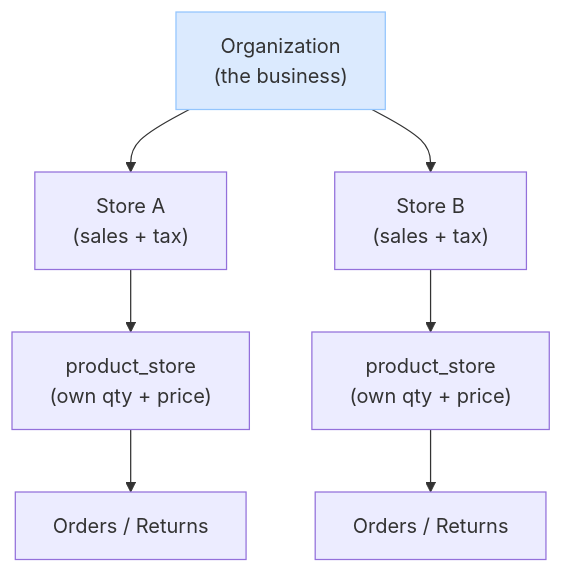
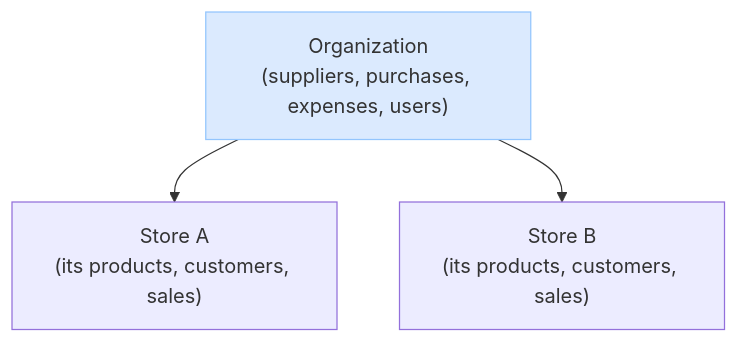
Before and after one commit to Shahrukh489/gekkosuite-api: the diagram in docs/tenancy.md, drawn with Mermaid. The commit also changed other lines of this file and 7 other files, not shown here.

Commit message:
simplifying by customer store and product store tables no org level shared resources, suppliers and purchase orders and expenses are at org level also, store users can only act on there store, must make org requests if needed stuff, simple and safe and easy

````diff
--- a/docs/tenancy.md
+++ b/docs/tenancy.md
@@ -25,19 +22,11 @@
 ```mermaid
 flowchart TB
-    ORG["Organization<br/>(the business)"]
-    ST1["Store A<br/>(sales + tax)"]
-    ST2["Store B<br/>(sales + tax)"]
-    PS1["product_store<br/>(own qty + price)"]
-    PS2["product_store<br/>(own qty + price)"]
-    O1["Orders / Returns"]
-    O2["Orders / Returns"]
+    ORG["Organization<br/>(suppliers, purchases, expenses, users)"]
+    ST1["Store A<br/>(its products, customers, sales)"]
+    ST2["Store B<br/>(its products, customers, sales)"]
 
     ORG --> ST1
     ORG --> ST2
-    ST1 --> PS1
-    ST2 --> PS2
-    PS1 --> O1
-    PS2 --> O2
 
     style ORG fill:#dbeafe,stroke:#93c5fd
 ```
````
